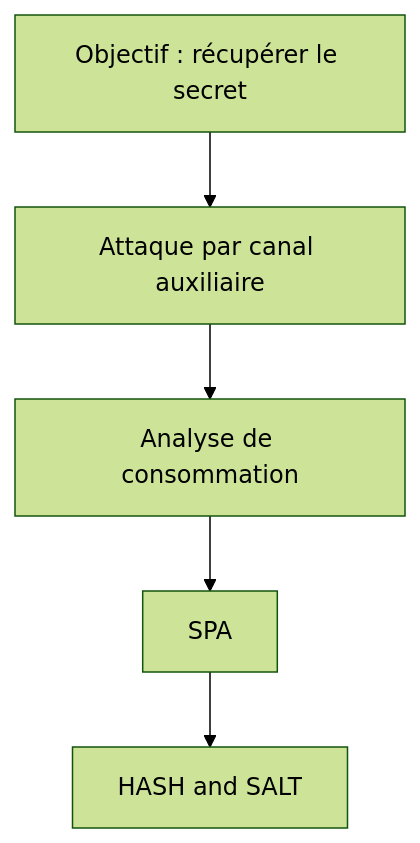
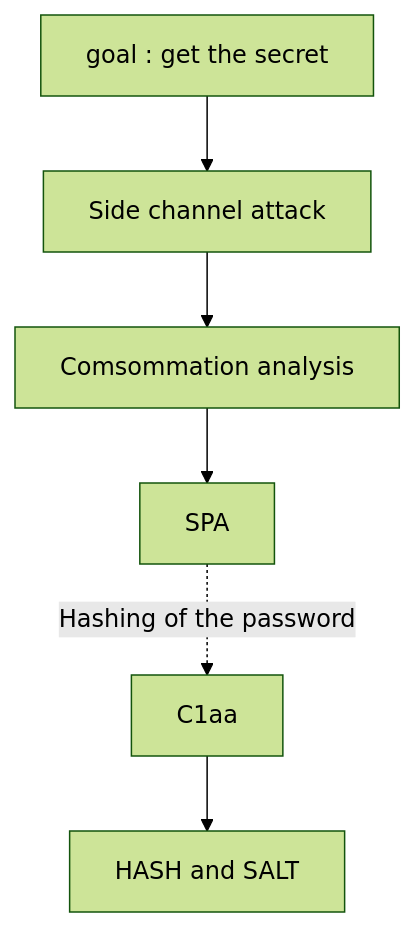
One commit to BaptisteGuilluy/School_project_arduino_vuln_write_up changed the diagram in README.md. Above: the diagram before and after it, drawn with Mermaid (forest theme). The commit also changed other lines of this file, not shown here.

````diff
--- a/README.md
+++ b/README.md
@@ -58,7 +60,8 @@
 ```mermaid
 graph TD
-    A[Objectif : récupérer le secret] --> B[Attaque par canal auxiliaire]
-    B --> C1[Analyse de consommation]
+    A[goal : get the secret] --> B[Side channel attack]
+    B --> C1[Comsommation analysis]
     C1 --> C1a[SPA]
-    C1a --> C1aa[HASH and SALT]
+    C1a -. Hashing of the password .-> C1aa
+    C1aa --> C1aaa[HASH and SALT]
 ```
````
